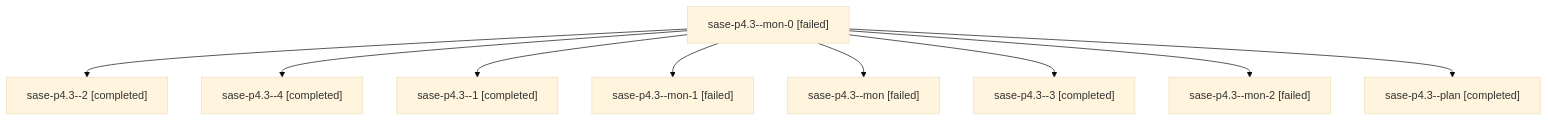
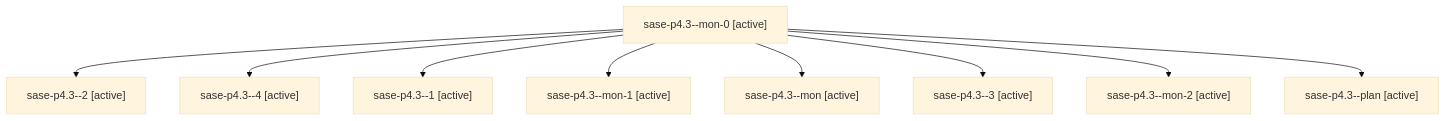
One commit to sase-org/sase--agents changed the diagram in families/bbugyi200.athena.sase-p4.3.md. Above: the diagram before and after it, drawn with Mermaid (base theme). The commit also changed other lines of this file and 35830 other files, not shown here.

````diff
--- a/families/bbugyi200.athena.sase-p4.3.md
+++ b/families/bbugyi200.athena.sase-p4.3.md
@@ -9,20 +9,20 @@
 ```mermaid
 flowchart TD
-  n0["sase-p4.3--mon-0 [failed]"]
-  n1["sase-p4.3--2 [completed]"]
+  n0["sase-p4.3--mon-0 [active]"]
+  n1["sase-p4.3--2 [active]"]
   n0 --> n1
-  n2["sase-p4.3--4 [completed]"]
+  n2["sase-p4.3--4 [active]"]
   n0 --> n2
-  n3["sase-p4.3--1 [completed]"]
+  n3["sase-p4.3--1 [active]"]
   n0 --> n3
-  n4["sase-p4.3--mon-1 [failed]"]
+  n4["sase-p4.3--mon-1 [active]"]
   n0 --> n4
-  n5["sase-p4.3--mon [failed]"]
+  n5["sase-p4.3--mon [active]"]
   n0 --> n5
-  n6["sase-p4.3--3 [completed]"]
+  n6["sase-p4.3--3 [active]"]
   n0 --> n6
-  n7["sase-p4.3--mon-2 [failed]"]
+  n7["sase-p4.3--mon-2 [active]"]
   n0 --> n7
-  n8["sase-p4.3--plan [completed]"]
+  n8["sase-p4.3--plan [active]"]
   n0 --> n8
 ```
````
